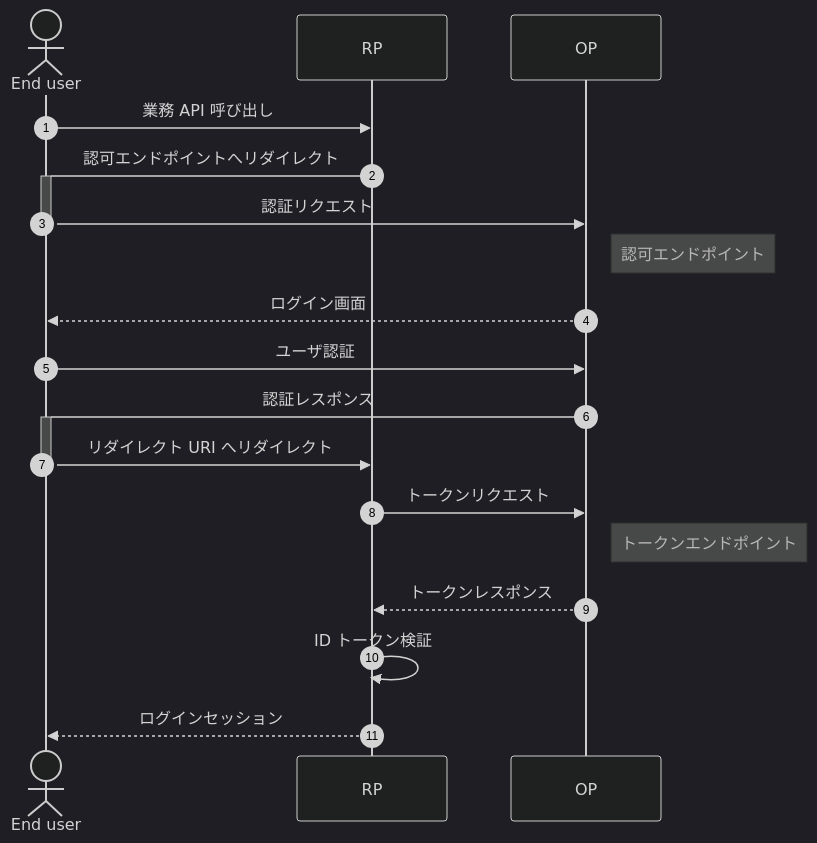
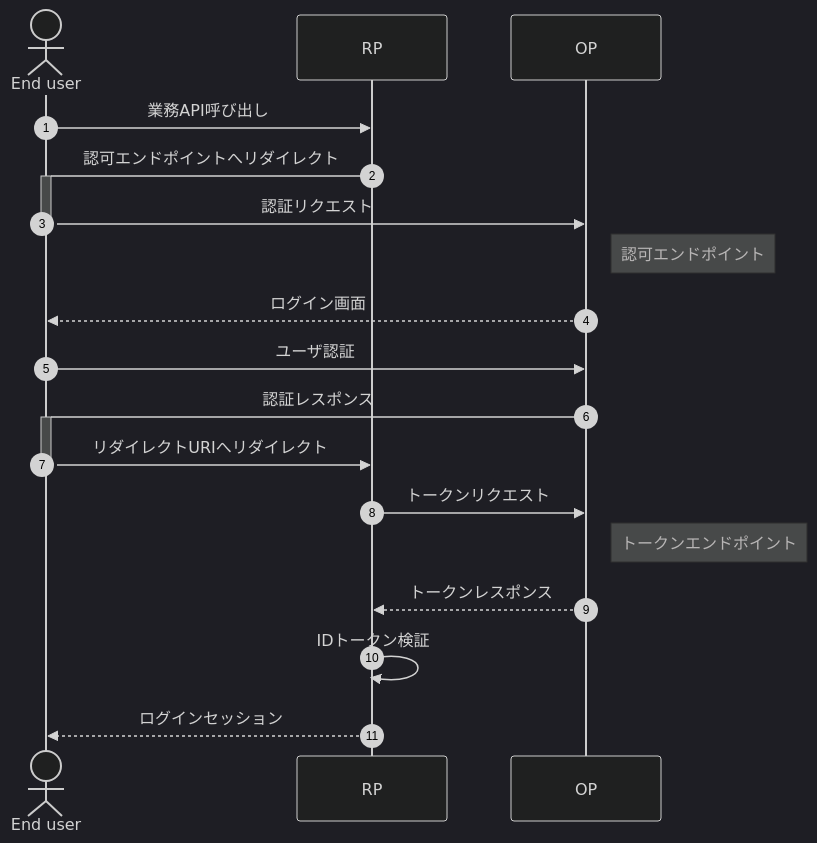
The diagram in docs/oidc/はじめてのOpenID_Connect.md (nob-islan/documents), drawn with Mermaid before and after one commit. The commit also changed other lines of this file and 180 other files, not shown here.

````diff
--- a/docs/oidc/はじめてのOpenID_Connect.md
+++ b/docs/oidc/はじめてのOpenID_Connect.md
@@ -13,24 +13,24 @@
 ```mermaid
 %%{init:{'theme':'dark'}}%%
 
 sequenceDiagram
 
     actor end_user as End user
     participant rp as RP
     participant op as OP
 
     autonumber
-    end_user ->> rp: 業務 API 呼び出し
+    end_user ->> rp: 業務API呼び出し
     rp ->+ end_user: 認可エンドポイントへリダイレクト
     end_user ->>-op: 認証リクエスト
         Note right of op: 認可エンドポイント
     op -->> end_user: ログイン画面
     end_user ->> op: ユーザ認証
     op ->+ end_user: 認証レスポンス
-    end_user ->>- rp: リダイレクト URI へリダイレクト
+    end_user ->>- rp: リダイレクトURIへリダイレクト
     rp ->> op: トークンリクエスト
         Note right of op: トークンエンドポイント
     op -->> rp: トークンレスポンス
-    rp ->> rp: ID トークン検証
+    rp ->> rp: IDトークン検証
     rp -->> end_user: ログインセッション
 ```
````
